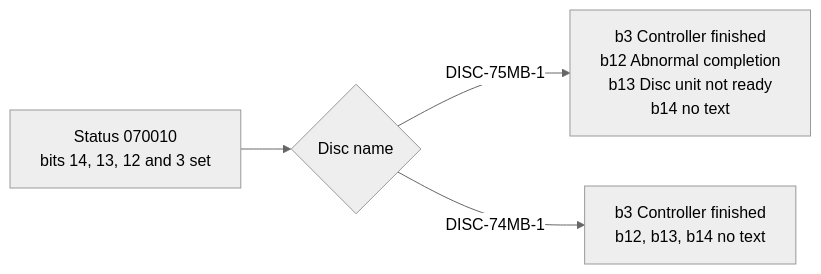
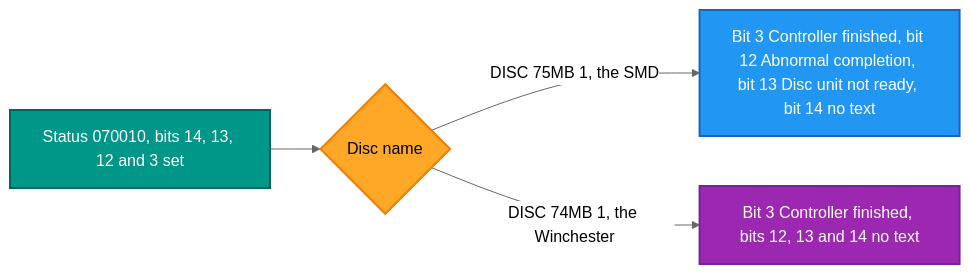
The third of 5 diagrams in docs/DISC-TEMA-TESTING.md (RetroCoreLabs/nd100x), drawn with Mermaid (neutral theme) before and after one commit. The commit also changed other lines of this file and 1 other file, not shown here.

First line of the commit message:
DISC-TEMA document: contents on top, grouped sections, readable everywhere

````diff
--- a/docs/DISC-TEMA-TESTING.md
+++ b/docs/DISC-TEMA-TESTING.md
@@ -344,6 +364,17 @@
 ```mermaid
 flowchart LR
-  W["Status 070010<br/>bits 14, 13, 12 and 3 set"] --> N{"Disc name"}
-  N -- "DISC-75MB-1" --> A["b3 Controller finished<br/>b12 Abnormal completion<br/>b13 Disc unit not ready<br/>b14 no text"]
-  N -- "DISC-74MB-1" --> B["b3 Controller finished<br/>b12, b13, b14 no text"]
+  W["Status 070010, bits 14, 13, 12 and 3 set"] --> N{"Disc name"}
+  N -->|"DISC 75MB 1, the SMD"| A["Bit 3 Controller finished, bit 12 Abnormal completion, bit 13 Disc unit not ready, bit 14 no text"]
+  N -->|"DISC 74MB 1, the Winchester"| B["Bit 3 Controller finished, bits 12, 13 and 14 no text"]
+  classDef program fill:#3F51B5,stroke:#283593,stroke-width:2px,color:#fff
+  classDef smd fill:#2196F3,stroke:#1565C0,stroke-width:2px,color:#fff
+  classDef wd fill:#9C27B0,stroke:#7B1FA2,stroke-width:2px,color:#fff
+  classDef data fill:#009688,stroke:#00695C,stroke-width:2px,color:#fff
+  classDef decide fill:#FFA726,stroke:#F57C00,stroke-width:2px,color:#000
+  classDef pass fill:#4CAF50,stroke:#2E7D32,stroke-width:2px,color:#fff
+  classDef fail fill:#F44336,stroke:#C62828,stroke-width:2px,color:#fff
+  class W data
+  class N decide
+  class A smd
+  class B wd
 ```
````
